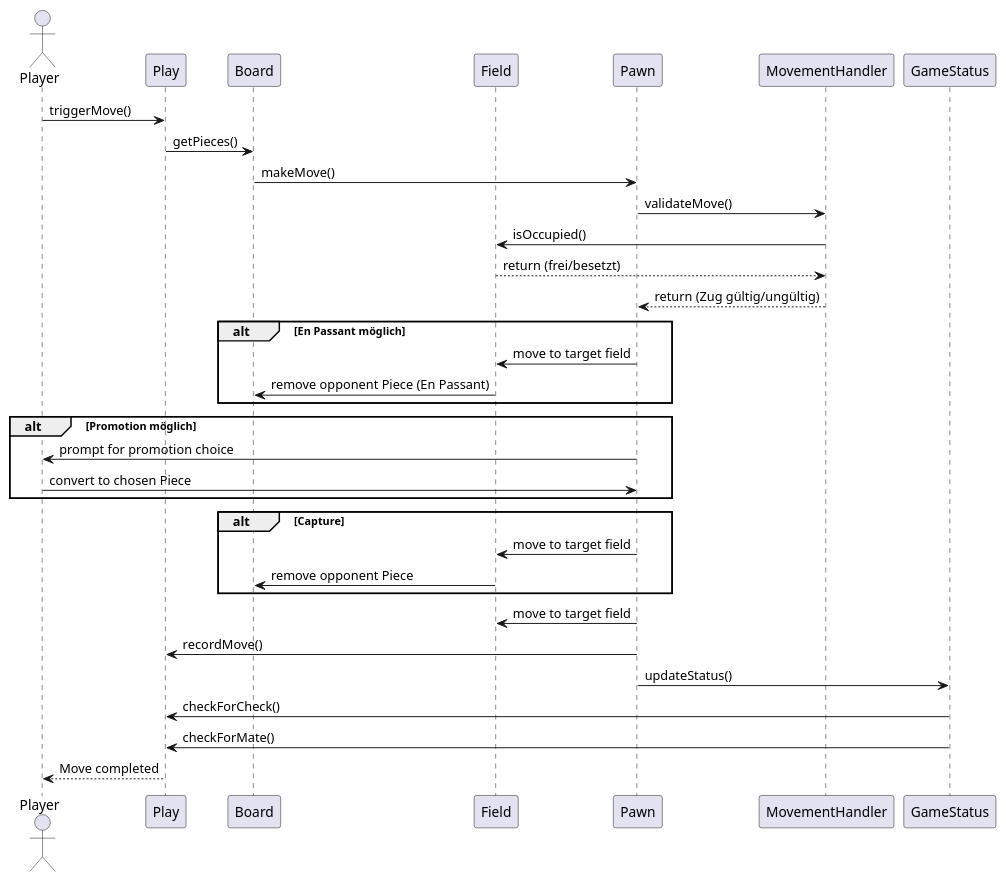
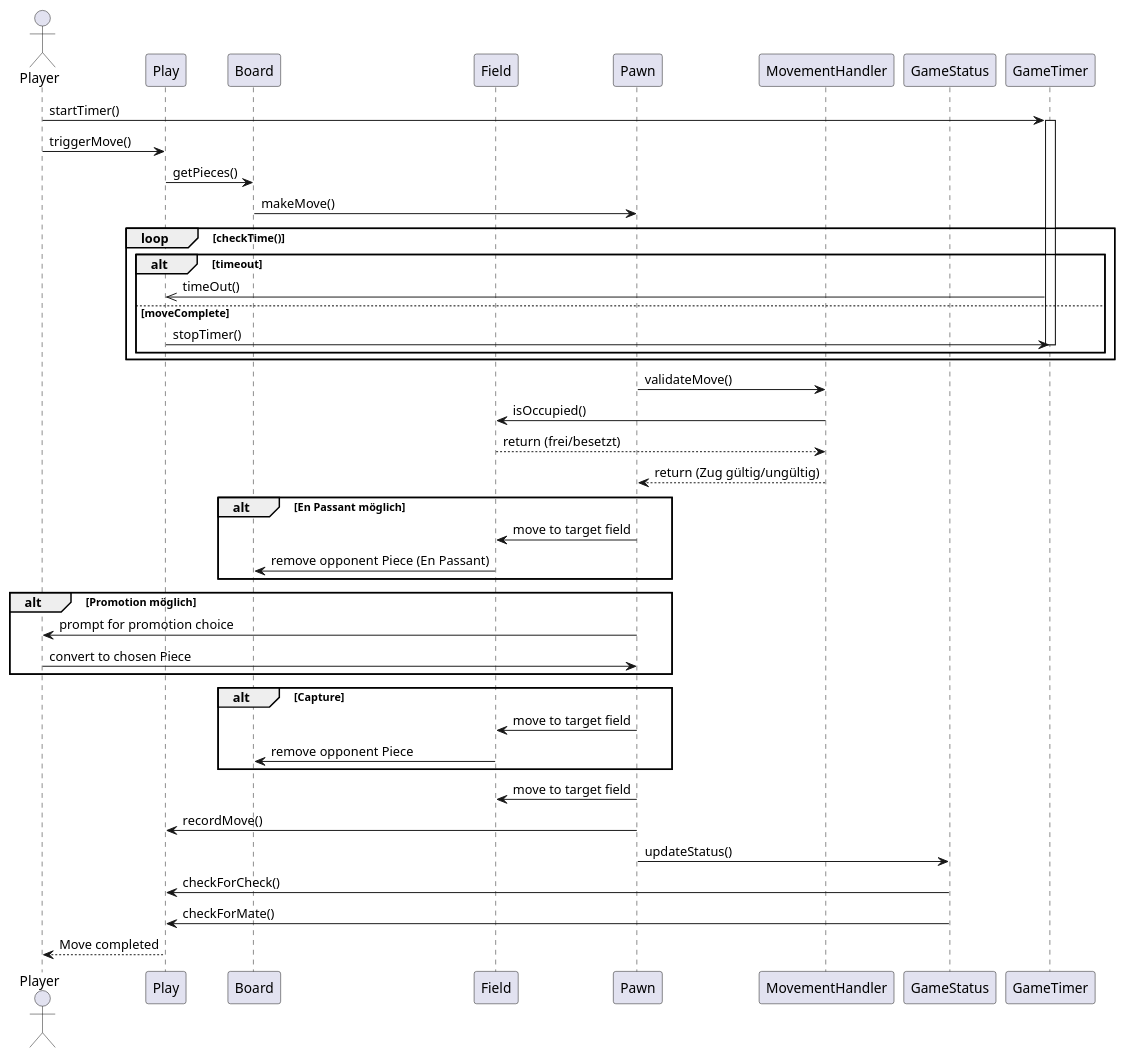
The diagram in sequenzDiagram.iuml (ruhlando/uni-project-chess), drawn with PlantUML before and after one commit.

Commit message:
update sequenzDiagram

```diff
--- a/sequenzDiagram.iuml
+++ b/sequenzDiagram.iuml
@@ -1,51 +1,63 @@
 @startuml
 
 ' Teilnehmer
 actor Player
 participant Play
 participant Board
 participant Field
 participant Pawn as Piece
 participant MovementHandler
 participant GameStatus
+participant GameTimer
 
 ' Start des Zuges
+Player -> GameTimer++ : startTimer()
 Player -> Play : triggerMove()
 Play -> Board : getPieces()
 Board -> Piece : makeMove()
+
+loop checkTime()
+alt timeout
+GameTimer ->> Play : timeOut()
+else moveComplete
+Play -> GameTimer : stopTimer()
+GameTimer--
+end
+end
 
 ' Validierung des Bauernzugs
 Piece -> MovementHandler : validateMove()
 MovementHandler -> Field : isOccupied()
 Field --> MovementHandler : return (frei/besetzt)
 MovementHandler --> Piece : return (Zug gültig/ungültig)
 
 ' Bedingung: En Passant, Promotion oder Schlagen
 alt En Passant möglich
     Piece -> Field : move to target field
     Field -> Board : remove opponent Piece (En Passant)
 end
 
 alt Promotion möglich
     Piece -> Player : prompt for promotion choice
     Player -> Piece : convert to chosen Piece
 end
 
 alt Capture
     Piece -> Field : move to target field
     Field -> Board : remove opponent Piece
 end
 
 ' Normaler Zug oder nach Sonderzug ausgeführt
 Piece -> Field : move to target field
 Piece -> Play : recordMove()
 
 ' Spielstatus aktualisieren
 Piece -> GameStatus : updateStatus()
 GameStatus -> Play : checkForCheck()
 GameStatus -> Play : checkForMate()
 
+
 ' Rückmeldung an den Spieler
 Play --> Player : Move completed
 
 @enduml
```
